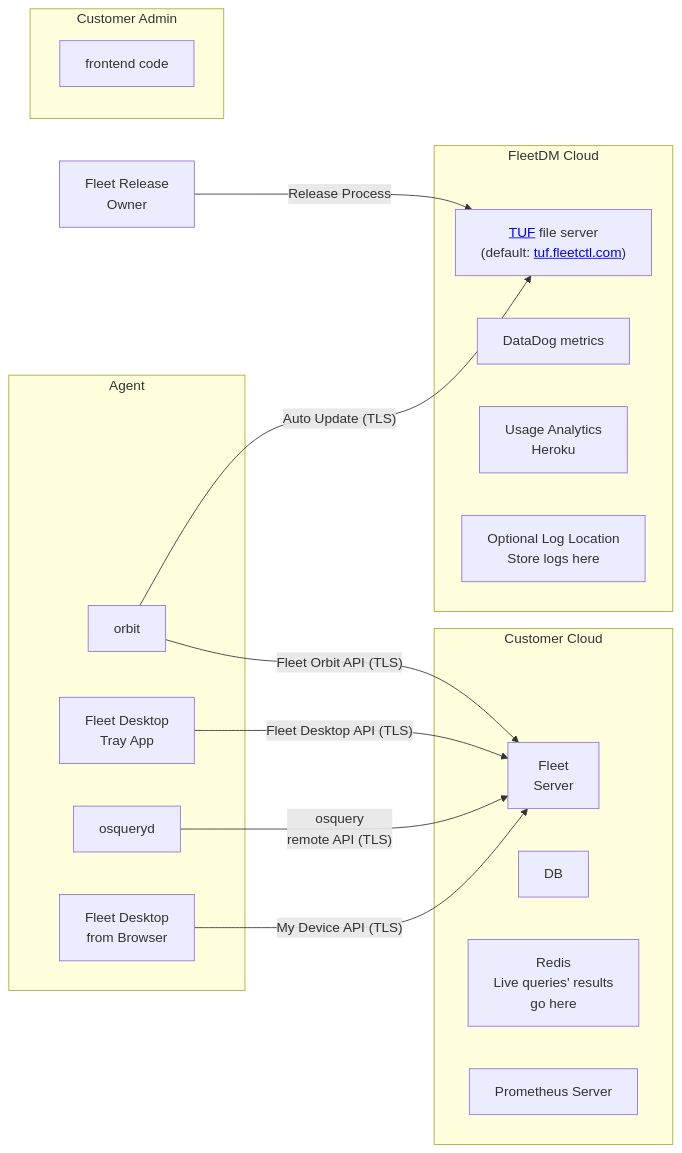
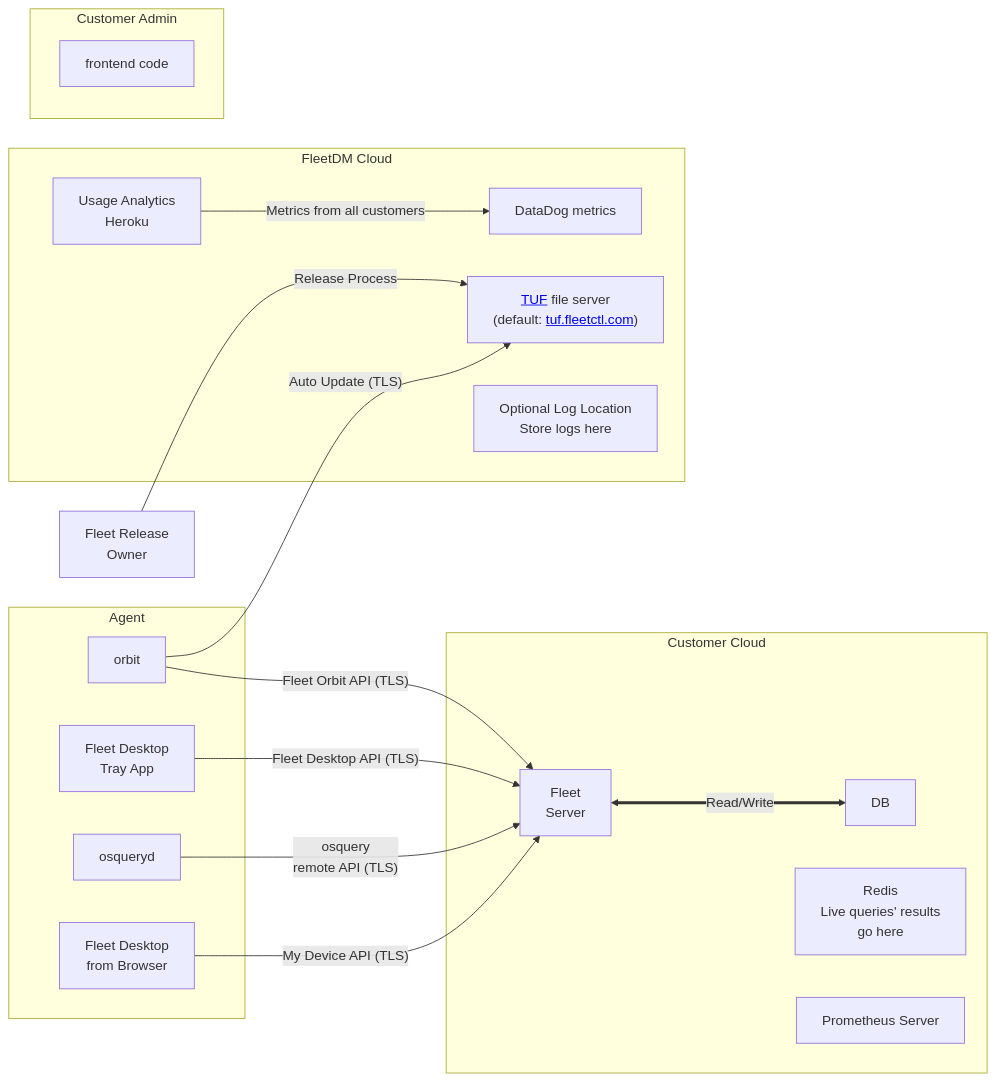
One commit to fleetdm/fleet changed the second of 2 diagrams in docs/Contributing/high-level-architecture.md. Above: the diagram before and after it, drawn with Mermaid.

````diff
--- a/docs/Contributing/high-level-architecture.md
+++ b/docs/Contributing/high-level-architecture.md
@@ -34,39 +34,44 @@
 ```mermaid
 graph LR;
     fleet_release_owner[Fleet Release<br>Owner];
 
     subgraph Agent
         orbit[orbit];
         desktop[Fleet Desktop<br>Tray App];
         osqueryd[osqueryd];
         desktop_browser[Fleet Desktop<br> from Browser];
     end
 
     subgraph Customer Cloud
         fleet_server[Fleet<br>Server];
         db[DB];
         redis[Redis<br>Live queries' results <br>go here];
         prometheus[Prometheus Server];
     end
 
     subgraph FleetDM Cloud
         tuf["<a href=https://theupdateframework.io/>TUF</a> file server<br>(default: <a href=https://tuf.fleetctl.com>tuf.fleetctl.com</a>)"];
         datadog[DataDog metrics]
         heroku[Usage Analytics<br>Heroku]
         log[Optional Log Location<br>Store logs here]
     end
 
     subgraph Customer Admin
         frontend[frontend code]
     end
 
 
     fleet_release_owner -- "Release Process" --> tuf;
+
     orbit -- "Fleet Orbit API (TLS)" --> fleet_server;
     orbit -- "Auto Update (TLS)" --> tuf;
-
     desktop -- "Fleet Desktop API (TLS)" --> fleet_server;
     osqueryd -- "osquery<br>remote API (TLS)" --> fleet_server;
     desktop_browser -- "My Device API (TLS)" --> fleet_server;
 
+    heroku -- "Metrics from all customers" --> datadog;
+
+    fleet_server <== "Read/Write" ==> db;
+
+
 ```
````
